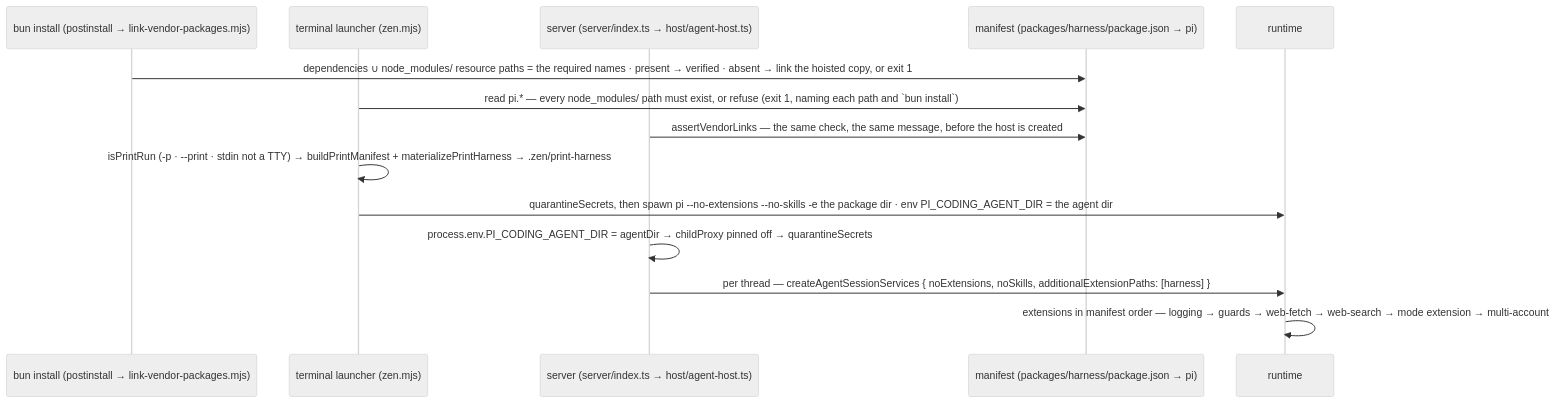
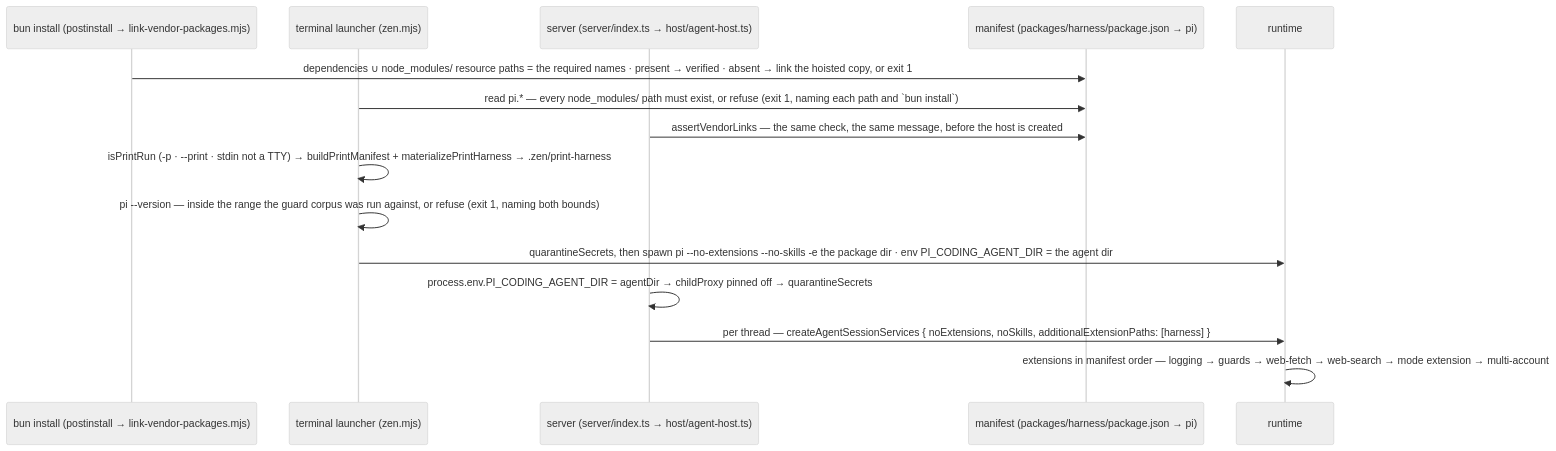
One commit to dopamine911/enso-harness changed the diagram in docs/flows/boot-and-launchers.md. Above: the diagram before and after it, drawn with Mermaid (neutral theme). The commit also changed other lines of this file and 8 other files, not shown here.

First line of the commit message:
The terminal launcher refuses a `pi` the guard corpus was never run against (#217)

````diff
--- a/docs/flows/boot-and-launchers.md
+++ b/docs/flows/boot-and-launchers.md
@@ -11,17 +11,18 @@
 ```mermaid
 sequenceDiagram
   participant I as bun install (postinstall → link-vendor-packages.mjs)
   participant Z as terminal launcher (zen.mjs)
   participant S as server (server/index.ts → host/agent-host.ts)
   participant M as manifest (packages/harness/package.json → pi)
   participant R as runtime
 
   I->>M: dependencies ∪ node_modules/ resource paths = the required names · present → verified · absent → link the hoisted copy, or exit 1
   Z->>M: read pi.* — every node_modules/ path must exist, or refuse (exit 1, naming each path and `bun install`)
   S->>M: assertVendorLinks — the same check, the same message, before the host is created
   Z->>Z: isPrintRun (-p · --print · stdin not a TTY) → buildPrintManifest + materializePrintHarness → .zen/print-harness
+  Z->>Z: pi --version — inside the range the guard corpus was run against, or refuse (exit 1, naming both bounds)
   Z->>R: quarantineSecrets, then spawn pi --no-extensions --no-skills -e the package dir · env PI_CODING_AGENT_DIR = the agent dir
   S->>S: process.env.PI_CODING_AGENT_DIR = agentDir → childProxy pinned off → quarantineSecrets
   S->>R: per thread — createAgentSessionServices { noExtensions, noSkills, additionalExtensionPaths: [harness] }
   R->>R: extensions in manifest order — logging → guards → web-fetch → web-search → mode extension → multi-account
 ```
````
